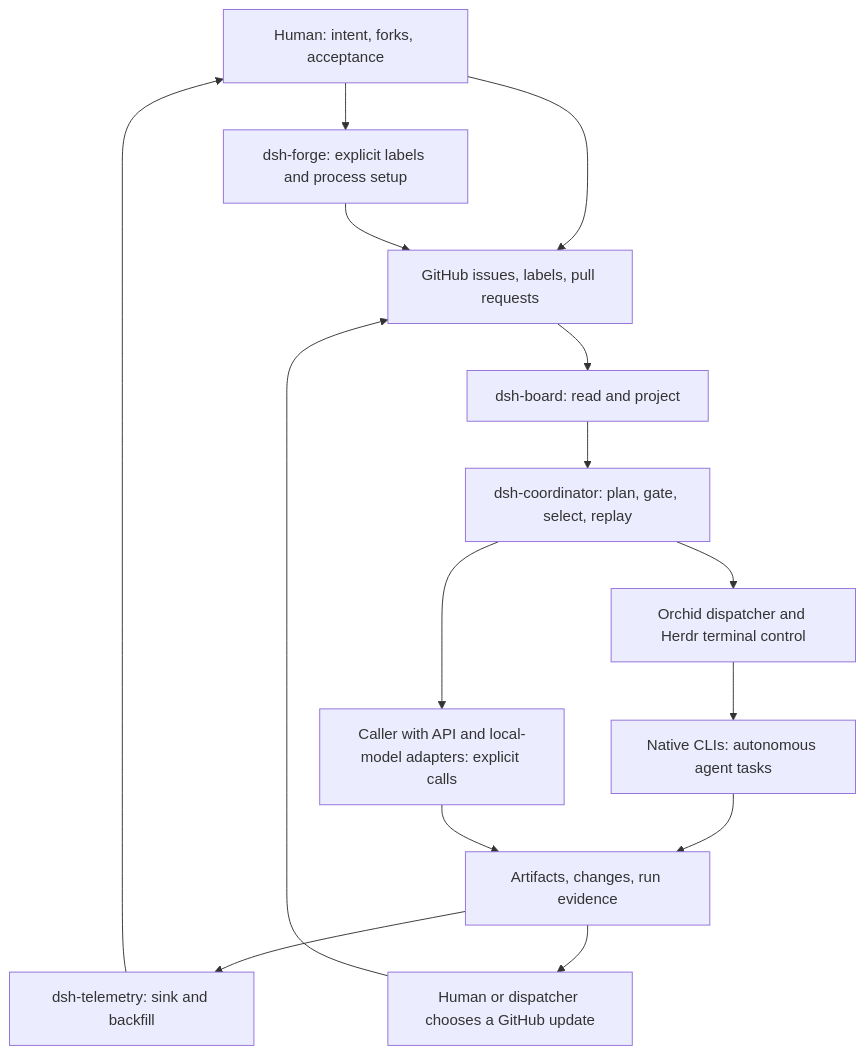
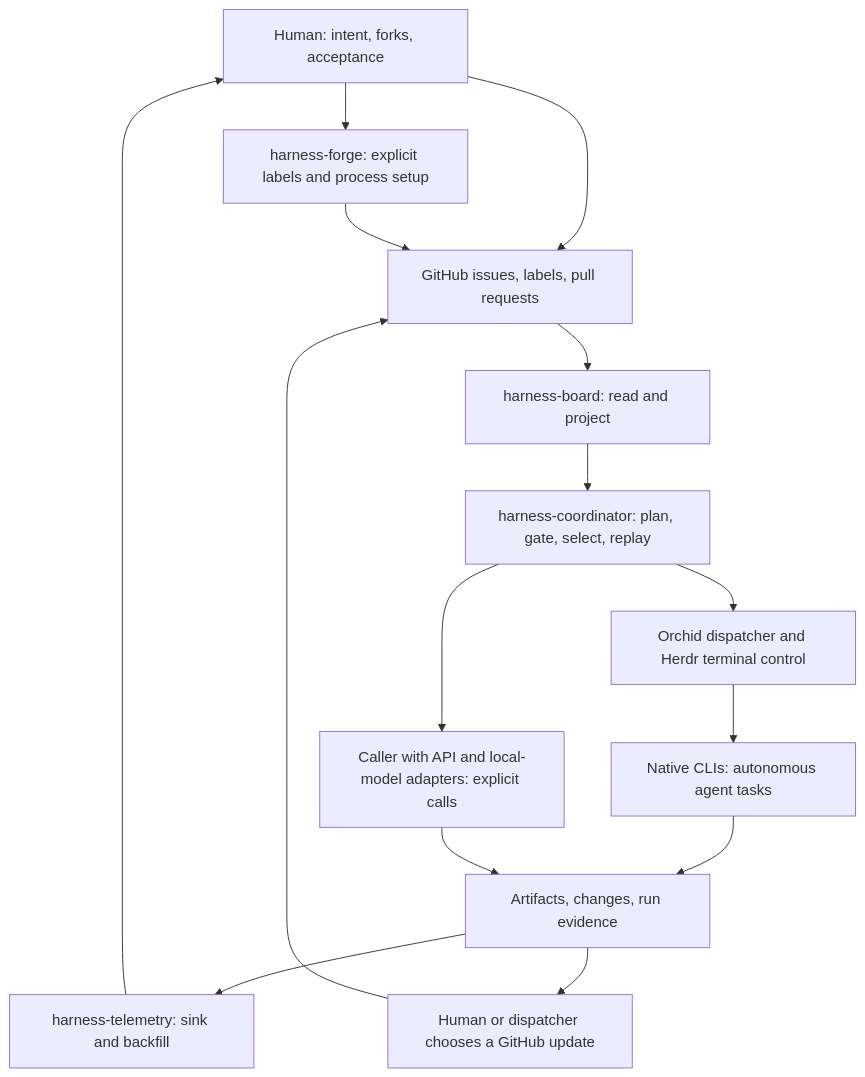
One commit to rickylabs/harness changed the diagram in README.md. Above: the diagram before and after it, drawn with Mermaid. The commit also changed other lines of this file and 52 other files, not shown here.

````diff
--- a/README.md
+++ b/README.md
@@ -52,17 +52,17 @@
 ```mermaid
 flowchart TD
   H[Human: intent, forks, acceptance] --> G[GitHub issues, labels, pull requests]
-  H --> F[dsh-forge: explicit labels and process setup]
+  H --> F[harness-forge: explicit labels and process setup]
   F --> G
-  G --> B[dsh-board: read and project]
-  B --> C[dsh-coordinator: plan, gate, select, replay]
+  G --> B[harness-board: read and project]
+  B --> C[harness-coordinator: plan, gate, select, replay]
   C --> D[Orchid dispatcher and Herdr terminal control]
   D --> S[Native CLIs: autonomous agent tasks]
   C --> L[Caller with API and local-model adapters: explicit calls]
   S --> E[Artifacts, changes, run evidence]
   L --> E
-  E --> T[dsh-telemetry: sink and backfill]
+  E --> T[harness-telemetry: sink and backfill]
   T --> H
   E --> A[Human or dispatcher chooses a GitHub update]
   A --> G
 ```
````
